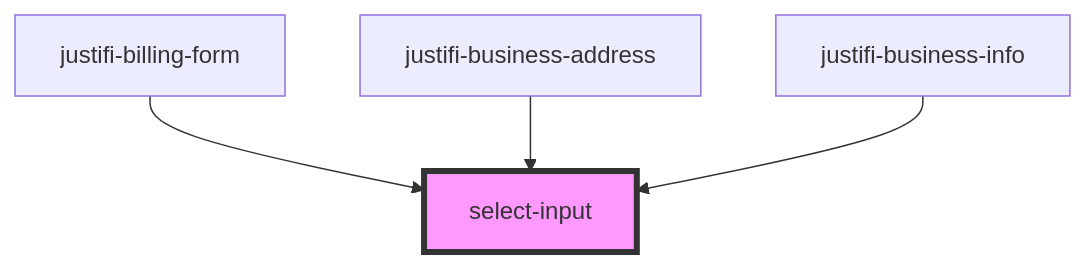
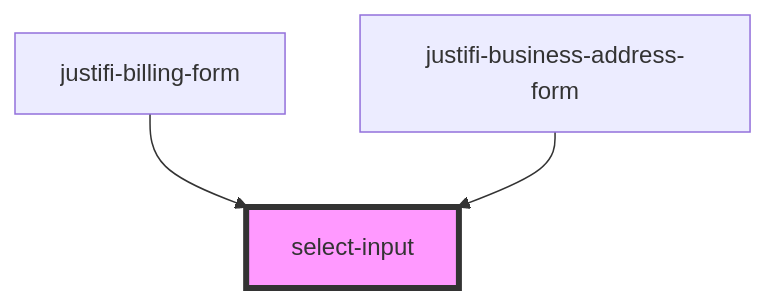
The diagram in stencil-library/src/components/select-input/readme.md (justifi-tech/web-component-library), drawn with Mermaid before and after one commit. The commit also changed other lines of this file and 10 other files, not shown here.

Commit message:
rename business-address to use -form naming convention

````diff
--- a/stencil-library/src/components/select-input/readme.md
+++ b/stencil-library/src/components/select-input/readme.md
@@ -40,7 +39,6 @@
 ```mermaid
 graph TD;
   justifi-billing-form --> select-input
-  justifi-business-address --> select-input
-  justifi-business-info --> select-input
+  justifi-business-address-form --> select-input
   style select-input fill:#f9f,stroke:#333,stroke-width:4px
 ```
````
